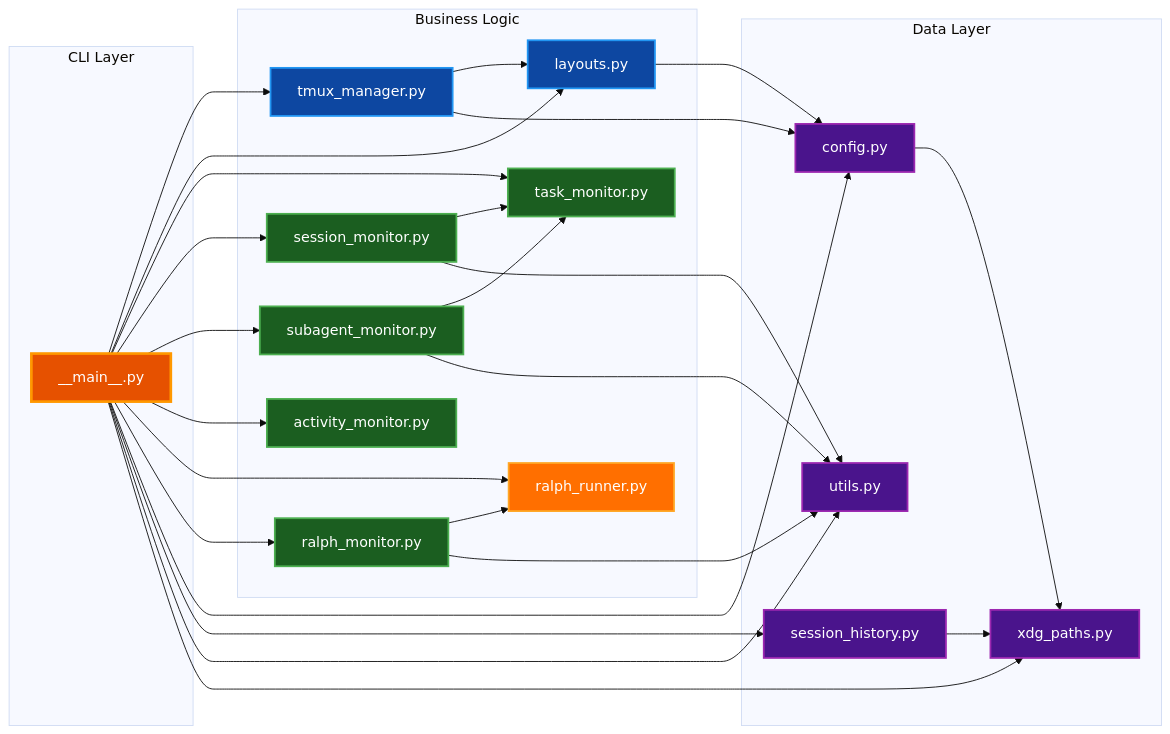
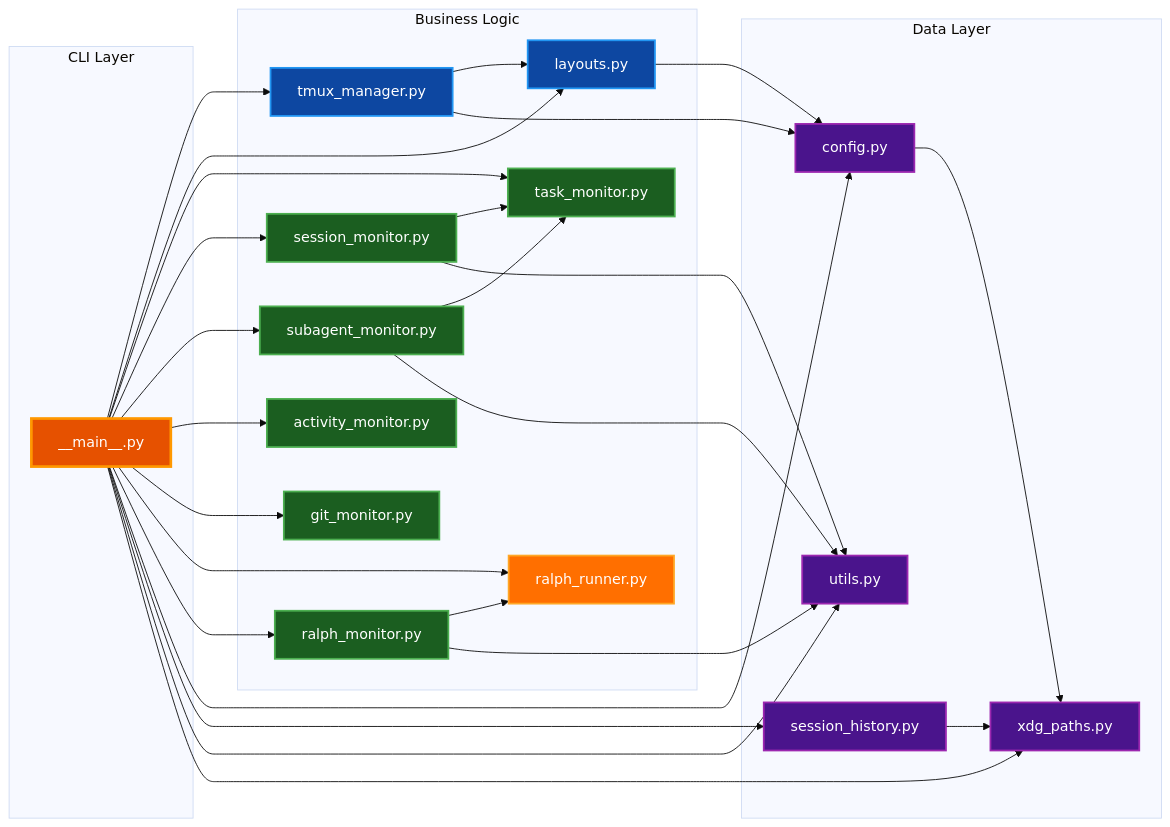
The second of 6 diagrams in docs/ARCHITECTURE.md (paulrobello/cctmux), drawn with Mermaid (base theme) before and after one commit. The commit also changed other lines of this file and 8 other files, not shown here.

Commit message:
docs: add git monitor documentation to all docs

````diff
--- a/docs/ARCHITECTURE.md
+++ b/docs/ARCHITECTURE.md
@@ -110,65 +118,68 @@
 ```mermaid
 graph LR
     subgraph "CLI Layer"
         Main[__main__.py]
     end
 
     subgraph "Business Logic"
         TmuxMgr[tmux_manager.py]
         Layouts[layouts.py]
         TaskMon[task_monitor.py]
         SessionMon[session_monitor.py]
         AgentMon[subagent_monitor.py]
         ActivityMon[activity_monitor.py]
+        GitMon[git_monitor.py]
         RalphRunner[ralph_runner.py]
         RalphMon[ralph_monitor.py]
     end
 
     subgraph "Data Layer"
         Config[config.py]
         History[session_history.py]
         XDG[xdg_paths.py]
         Utils[utils.py]
     end
 
     Main --> TmuxMgr
     Main --> Layouts
     Main --> TaskMon
     Main --> SessionMon
     Main --> AgentMon
     Main --> ActivityMon
+    Main --> GitMon
     Main --> RalphRunner
     Main --> RalphMon
     Main --> Config
     Main --> History
     Main --> Utils
     Main --> XDG
 
     TmuxMgr --> Layouts
     TmuxMgr --> Config
     Layouts --> Config
 
     SessionMon --> TaskMon
     SessionMon --> Utils
     AgentMon --> TaskMon
     AgentMon --> Utils
     RalphMon --> RalphRunner
     RalphMon --> Utils
 
     Config --> XDG
     History --> XDG
 
     style Main fill:#e65100,stroke:#ff9800,stroke-width:3px,color:#ffffff
     style TmuxMgr fill:#0d47a1,stroke:#2196f3,stroke-width:2px,color:#ffffff
     style Layouts fill:#0d47a1,stroke:#2196f3,stroke-width:2px,color:#ffffff
     style TaskMon fill:#1b5e20,stroke:#4caf50,stroke-width:2px,color:#ffffff
     style SessionMon fill:#1b5e20,stroke:#4caf50,stroke-width:2px,color:#ffffff
     style AgentMon fill:#1b5e20,stroke:#4caf50,stroke-width:2px,color:#ffffff
     style ActivityMon fill:#1b5e20,stroke:#4caf50,stroke-width:2px,color:#ffffff
+    style GitMon fill:#1b5e20,stroke:#4caf50,stroke-width:2px,color:#ffffff
     style RalphRunner fill:#ff6f00,stroke:#ffa726,stroke-width:2px,color:#ffffff
     style RalphMon fill:#1b5e20,stroke:#4caf50,stroke-width:2px,color:#ffffff
     style Config fill:#4a148c,stroke:#9c27b0,stroke-width:2px,color:#ffffff
     style History fill:#4a148c,stroke:#9c27b0,stroke-width:2px,color:#ffffff
     style XDG fill:#4a148c,stroke:#9c27b0,stroke-width:2px,color:#ffffff
     style Utils fill:#4a148c,stroke:#9c27b0,stroke-width:2px,color:#ffffff
 ```
````
